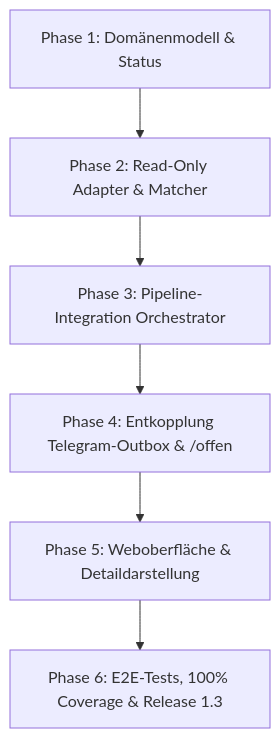
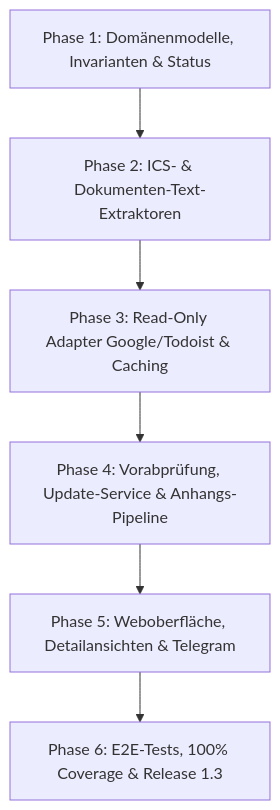
Before and after one commit to Teichhofer/Mailhelp: the diagram in docs/Planung-1.3.md, drawn with Mermaid. The commit also changed other lines of this file and 5 other files, not shown here.

First line of the commit message:
docs(roadmap): Planung und Konzepte für Version 1.3, 1.4 und 2.0

````diff
--- a/docs/Planung-1.3.md
+++ b/docs/Planung-1.3.md
@@ -56,8 +89,8 @@
 ```mermaid
 flowchart TD
-    M1[Phase 1: Domänenmodell & Status] --> M2[Phase 2: Read-Only Adapter & Matcher]
-    M2 --> M3[Phase 3: Pipeline-Integration Orchestrator]
-    M3 --> M4[Phase 4: Entkopplung Telegram-Outbox & /offen]
-    M4 --> M5[Phase 5: Weboberfläche & Detaildarstellung]
+    M1[Phase 1: Domänenmodelle, Invarianten & Status] --> M2[Phase 2: ICS- & Dokumenten-Text-Extraktoren]
+    M2 --> M3[Phase 3: Read-Only Adapter Google/Todoist & Caching]
+    M3 --> M4[Phase 4: Vorabprüfung, Update-Service & Anhangs-Pipeline]
+    M4 --> M5[Phase 5: Weboberfläche, Detailansichten & Telegram]
     M5 --> M6[Phase 6: E2E-Tests, 100% Coverage & Release 1.3]
 ```
````
